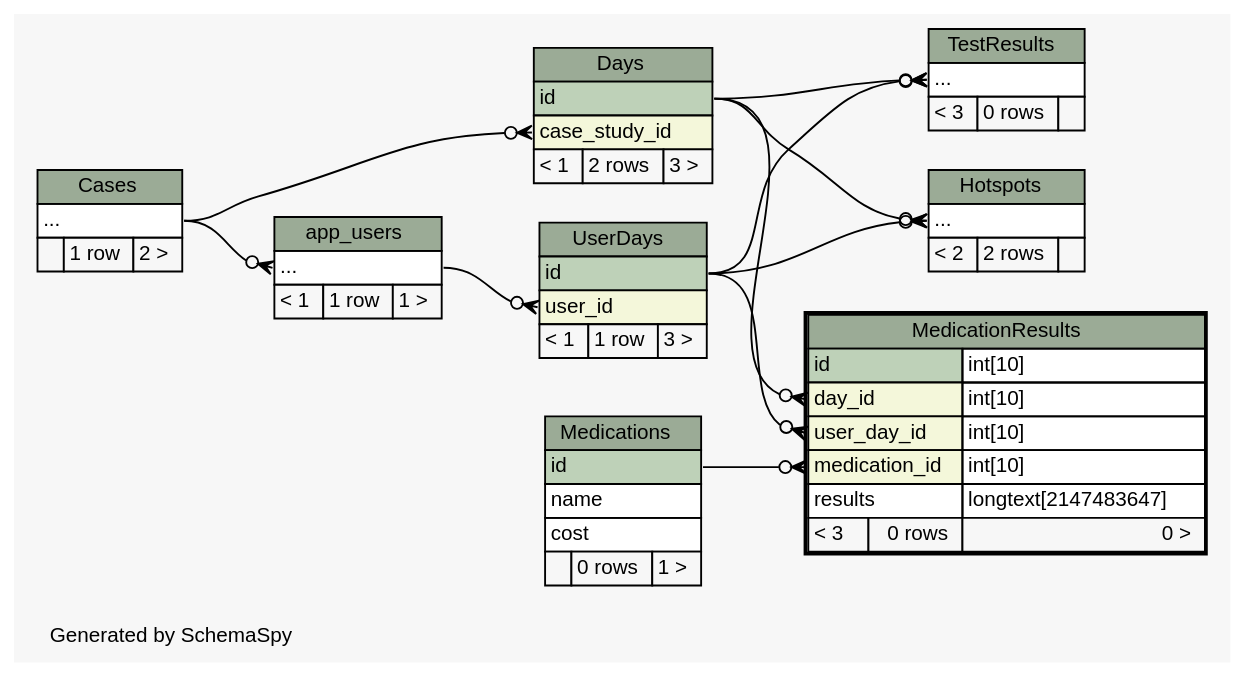
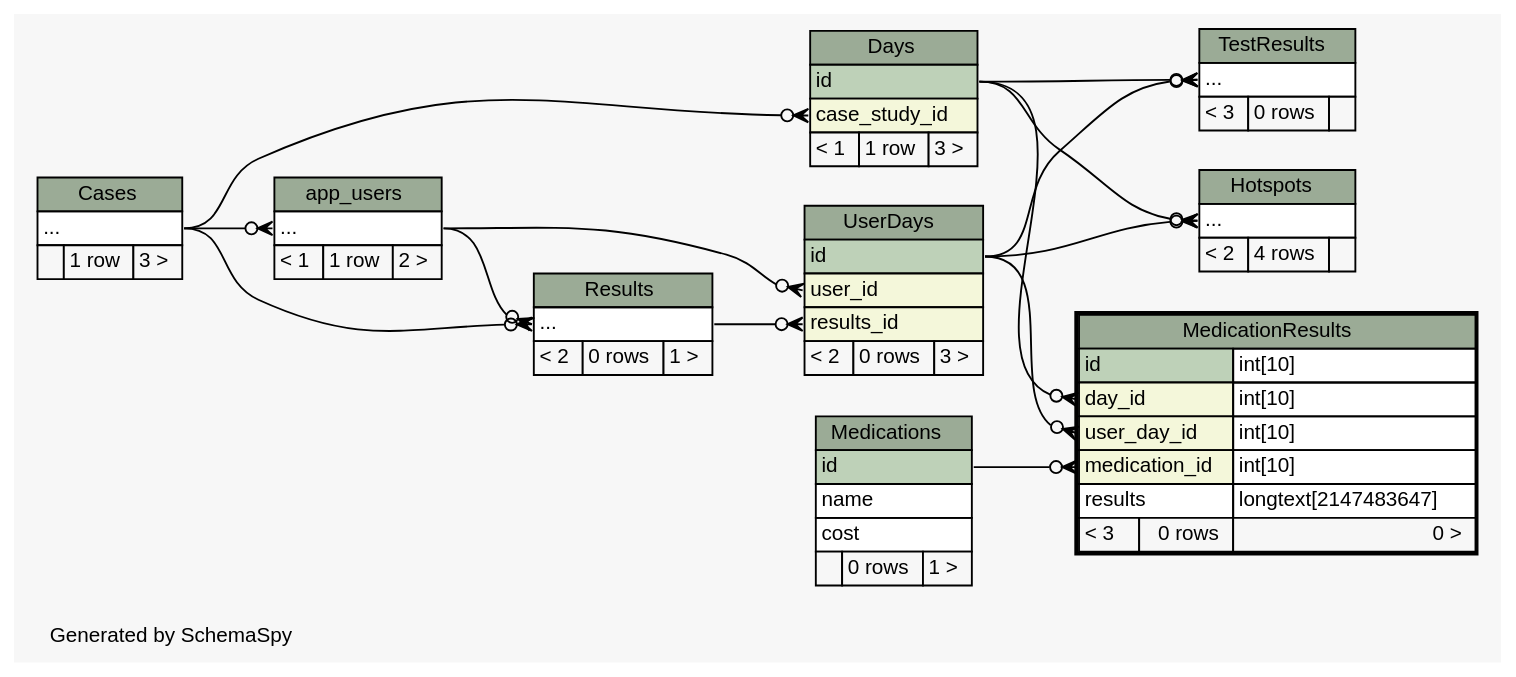
The diagram in web/files/schema/diagrams/MedicationResults.2degrees.dot (carrel2/CaseStudies), drawn with Graphviz before and after one commit. The commit also changed 175 other files, not shown here.

Commit message:
Create Results object to store completed cases in the database

```diff
--- a/web/files/schema/diagrams/MedicationResults.2degrees.dot
+++ b/web/files/schema/diagrams/MedicationResults.2degrees.dot
@@ -1,120 +1,134 @@
-// dot 2.38.0 on Linux 4.4.0-64-generic
+// dot 2.38.0 on Linux 4.4.0-66-generic
 // SchemaSpy rev 590
 digraph "twoDegreesRelationshipsDiagram" {
   graph [
     rankdir="RL"
     bgcolor="#f7f7f7"
     label="\nGenerated by SchemaSpy"
     labeljust="l"
     nodesep="0.18"
     ranksep="0.46"
     fontname="Helvetica"
     fontsize="11"
   ];
   node [
     fontname="Helvetica"
     fontsize="11"
     shape="plaintext"
   ];
   edge [
     arrowsize="0.8"
   ];
   "app_users":"elipses":w -> "Cases":"elipses":e [arrowhead=none dir=back arrowtail=crowodot];
   "Days":"case_study_id":w -> "Cases":"elipses":e [arrowhead=none dir=back arrowtail=crowodot];
   "Hotspots":"elipses":w -> "Days":"id":e [arrowhead=none dir=back arrowtail=crowodot];
   "Hotspots":"elipses":w -> "UserDays":"id":e [arrowhead=none dir=back arrowtail=crowodot];
   "MedicationResults":"day_id":w -> "Days":"id":e [arrowhead=none dir=back arrowtail=crowodot];
   "MedicationResults":"medication_id":w -> "Medications":"id":e [arrowhead=none dir=back arrowtail=crowodot];
   "MedicationResults":"user_day_id":w -> "UserDays":"id":e [arrowhead=none dir=back arrowtail=crowodot];
+  "Results":"elipses":w -> "Cases":"elipses":e [arrowhead=none dir=back arrowtail=crowodot];
+  "Results":"elipses":w -> "app_users":"elipses":e [arrowhead=none dir=back arrowtail=crowodot];
   "TestResults":"elipses":w -> "Days":"id":e [arrowhead=none dir=back arrowtail=crowodot];
   "TestResults":"elipses":w -> "UserDays":"id":e [arrowhead=none dir=back arrowtail=crowodot];
+  "UserDays":"results_id":w -> "Results":"elipses":e [arrowhead=none dir=back arrowtail=crowodot];
   "UserDays":"user_id":w -> "app_users":"elipses":e [arrowhead=none dir=back arrowtail=crowodot];
   "app_users" [
     label=<
     <TABLE BORDER="0" CELLBORDER="1" CELLSPACING="0" BGCOLOR="#ffffff">
       <TR><TD COLSPAN="3" BGCOLOR="#9bab96" ALIGN="CENTER">app_users</TD></TR>
       <TR><TD PORT="elipses" COLSPAN="3" ALIGN="LEFT">...</TD></TR>
-      <TR><TD ALIGN="LEFT" BGCOLOR="#f7f7f7">&lt; 1</TD><TD ALIGN="RIGHT" BGCOLOR="#f7f7f7">1 row</TD><TD ALIGN="RIGHT" BGCOLOR="#f7f7f7">1 &gt;</TD></TR>
+      <TR><TD ALIGN="LEFT" BGCOLOR="#f7f7f7">&lt; 1</TD><TD ALIGN="RIGHT" BGCOLOR="#f7f7f7">1 row</TD><TD ALIGN="RIGHT" BGCOLOR="#f7f7f7">2 &gt;</TD></TR>
     </TABLE>>
     URL="app_users.html"
     tooltip="app_users"
   ];
   "Cases" [
     label=<
     <TABLE BORDER="0" CELLBORDER="1" CELLSPACING="0" BGCOLOR="#ffffff">
       <TR><TD COLSPAN="3" BGCOLOR="#9bab96" ALIGN="CENTER">Cases</TD></TR>
       <TR><TD PORT="elipses" COLSPAN="3" ALIGN="LEFT">...</TD></TR>
-      <TR><TD ALIGN="LEFT" BGCOLOR="#f7f7f7">  </TD><TD ALIGN="RIGHT" BGCOLOR="#f7f7f7">1 row</TD><TD ALIGN="RIGHT" BGCOLOR="#f7f7f7">2 &gt;</TD></TR>
+      <TR><TD ALIGN="LEFT" BGCOLOR="#f7f7f7">  </TD><TD ALIGN="RIGHT" BGCOLOR="#f7f7f7">1 row</TD><TD ALIGN="RIGHT" BGCOLOR="#f7f7f7">3 &gt;</TD></TR>
     </TABLE>>
     URL="Cases.html"
     tooltip="Cases"
   ];
   "Days" [
     label=<
     <TABLE BORDER="0" CELLBORDER="1" CELLSPACING="0" BGCOLOR="#ffffff">
       <TR><TD COLSPAN="3" BGCOLOR="#9bab96" ALIGN="CENTER">Days</TD></TR>
       <TR><TD PORT="id" COLSPAN="3" BGCOLOR="#bed1b8" ALIGN="LEFT">id</TD></TR>
       <TR><TD PORT="case_study_id" COLSPAN="3" BGCOLOR="#f4f7da" ALIGN="LEFT">case_study_id</TD></TR>
-      <TR><TD ALIGN="LEFT" BGCOLOR="#f7f7f7">&lt; 1</TD><TD ALIGN="RIGHT" BGCOLOR="#f7f7f7">2 rows</TD><TD ALIGN="RIGHT" BGCOLOR="#f7f7f7">3 &gt;</TD></TR>
+      <TR><TD ALIGN="LEFT" BGCOLOR="#f7f7f7">&lt; 1</TD><TD ALIGN="RIGHT" BGCOLOR="#f7f7f7">1 row</TD><TD ALIGN="RIGHT" BGCOLOR="#f7f7f7">3 &gt;</TD></TR>
     </TABLE>>
     URL="Days.html"
     tooltip="Days"
   ];
   "Hotspots" [
     label=<
     <TABLE BORDER="0" CELLBORDER="1" CELLSPACING="0" BGCOLOR="#ffffff">
       <TR><TD COLSPAN="3" BGCOLOR="#9bab96" ALIGN="CENTER">Hotspots</TD></TR>
       <TR><TD PORT="elipses" COLSPAN="3" ALIGN="LEFT">...</TD></TR>
-      <TR><TD ALIGN="LEFT" BGCOLOR="#f7f7f7">&lt; 2</TD><TD ALIGN="RIGHT" BGCOLOR="#f7f7f7">2 rows</TD><TD ALIGN="RIGHT" BGCOLOR="#f7f7f7">  </TD></TR>
+      <TR><TD ALIGN="LEFT" BGCOLOR="#f7f7f7">&lt; 2</TD><TD ALIGN="RIGHT" BGCOLOR="#f7f7f7">4 rows</TD><TD ALIGN="RIGHT" BGCOLOR="#f7f7f7">  </TD></TR>
     </TABLE>>
     URL="Hotspots.html"
     tooltip="Hotspots"
   ];
   "MedicationResults" [
     label=<
     <TABLE BORDER="2" CELLBORDER="1" CELLSPACING="0" BGCOLOR="#ffffff">
       <TR><TD COLSPAN="3" BGCOLOR="#9bab96" ALIGN="CENTER">MedicationResults</TD></TR>
       <TR><TD PORT="id" COLSPAN="2" BGCOLOR="#bed1b8" ALIGN="LEFT">id</TD><TD PORT="id.type" ALIGN="LEFT">int[10]</TD></TR>
       <TR><TD PORT="day_id" COLSPAN="2" BGCOLOR="#f4f7da" ALIGN="LEFT">day_id</TD><TD PORT="day_id.type" ALIGN="LEFT">int[10]</TD></TR>
       <TR><TD PORT="user_day_id" COLSPAN="2" BGCOLOR="#f4f7da" ALIGN="LEFT">user_day_id</TD><TD PORT="user_day_id.type" ALIGN="LEFT">int[10]</TD></TR>
       <TR><TD PORT="medication_id" COLSPAN="2" BGCOLOR="#f4f7da" ALIGN="LEFT">medication_id</TD><TD PORT="medication_id.type" ALIGN="LEFT">int[10]</TD></TR>
       <TR><TD PORT="results" COLSPAN="2" ALIGN="LEFT">results</TD><TD PORT="results.type" ALIGN="LEFT">longtext[2147483647]</TD></TR>
       <TR><TD ALIGN="LEFT" BGCOLOR="#f7f7f7">&lt; 3</TD><TD ALIGN="RIGHT" BGCOLOR="#f7f7f7">0 rows</TD><TD ALIGN="RIGHT" BGCOLOR="#f7f7f7">0 &gt;</TD></TR>
     </TABLE>>
     URL="MedicationResults.html"
     tooltip="MedicationResults"
   ];
   "Medications" [
     label=<
     <TABLE BORDER="0" CELLBORDER="1" CELLSPACING="0" BGCOLOR="#ffffff">
       <TR><TD COLSPAN="3" BGCOLOR="#9bab96" ALIGN="CENTER">Medications</TD></TR>
       <TR><TD PORT="id" COLSPAN="3" BGCOLOR="#bed1b8" ALIGN="LEFT">id</TD></TR>
       <TR><TD PORT="name" COLSPAN="3" ALIGN="LEFT">name</TD></TR>
       <TR><TD PORT="cost" COLSPAN="3" ALIGN="LEFT">cost</TD></TR>
       <TR><TD ALIGN="LEFT" BGCOLOR="#f7f7f7">  </TD><TD ALIGN="RIGHT" BGCOLOR="#f7f7f7">0 rows</TD><TD ALIGN="RIGHT" BGCOLOR="#f7f7f7">1 &gt;</TD></TR>
     </TABLE>>
     URL="Medications.html"
     tooltip="Medications"
   ];
+  "Results" [
+    label=<
+    <TABLE BORDER="0" CELLBORDER="1" CELLSPACING="0" BGCOLOR="#ffffff">
+      <TR><TD COLSPAN="3" BGCOLOR="#9bab96" ALIGN="CENTER">Results</TD></TR>
+      <TR><TD PORT="elipses" COLSPAN="3" ALIGN="LEFT">...</TD></TR>
+      <TR><TD ALIGN="LEFT" BGCOLOR="#f7f7f7">&lt; 2</TD><TD ALIGN="RIGHT" BGCOLOR="#f7f7f7">0 rows</TD><TD ALIGN="RIGHT" BGCOLOR="#f7f7f7">1 &gt;</TD></TR>
+    </TABLE>>
+    URL="Results.html"
+    tooltip="Results"
+  ];
   "TestResults" [
     label=<
     <TABLE BORDER="0" CELLBORDER="1" CELLSPACING="0" BGCOLOR="#ffffff">
       <TR><TD COLSPAN="3" BGCOLOR="#9bab96" ALIGN="CENTER">TestResults</TD></TR>
       <TR><TD PORT="elipses" COLSPAN="3" ALIGN="LEFT">...</TD></TR>
       <TR><TD ALIGN="LEFT" BGCOLOR="#f7f7f7">&lt; 3</TD><TD ALIGN="RIGHT" BGCOLOR="#f7f7f7">0 rows</TD><TD ALIGN="RIGHT" BGCOLOR="#f7f7f7">  </TD></TR>
     </TABLE>>
     URL="TestResults.html"
     tooltip="TestResults"
   ];
   "UserDays" [
     label=<
     <TABLE BORDER="0" CELLBORDER="1" CELLSPACING="0" BGCOLOR="#ffffff">
       <TR><TD COLSPAN="3" BGCOLOR="#9bab96" ALIGN="CENTER">UserDays</TD></TR>
       <TR><TD PORT="id" COLSPAN="3" BGCOLOR="#bed1b8" ALIGN="LEFT">id</TD></TR>
       <TR><TD PORT="user_id" COLSPAN="3" BGCOLOR="#f4f7da" ALIGN="LEFT">user_id</TD></TR>
-      <TR><TD ALIGN="LEFT" BGCOLOR="#f7f7f7">&lt; 1</TD><TD ALIGN="RIGHT" BGCOLOR="#f7f7f7">1 row</TD><TD ALIGN="RIGHT" BGCOLOR="#f7f7f7">3 &gt;</TD></TR>
+      <TR><TD PORT="results_id" COLSPAN="3" BGCOLOR="#f4f7da" ALIGN="LEFT">results_id</TD></TR>
+      <TR><TD ALIGN="LEFT" BGCOLOR="#f7f7f7">&lt; 2</TD><TD ALIGN="RIGHT" BGCOLOR="#f7f7f7">0 rows</TD><TD ALIGN="RIGHT" BGCOLOR="#f7f7f7">3 &gt;</TD></TR>
     </TABLE>>
     URL="UserDays.html"
     tooltip="UserDays"
   ];
 }
```
